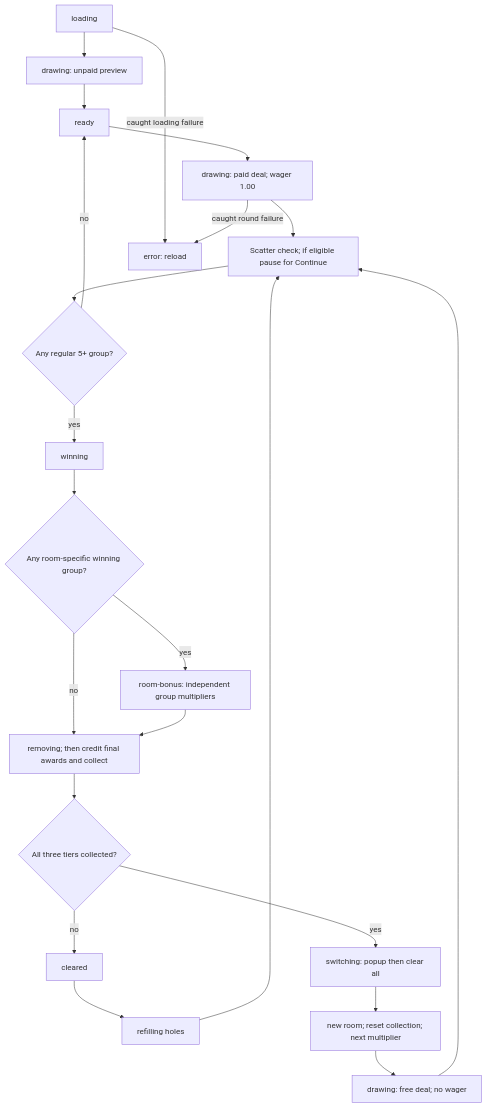
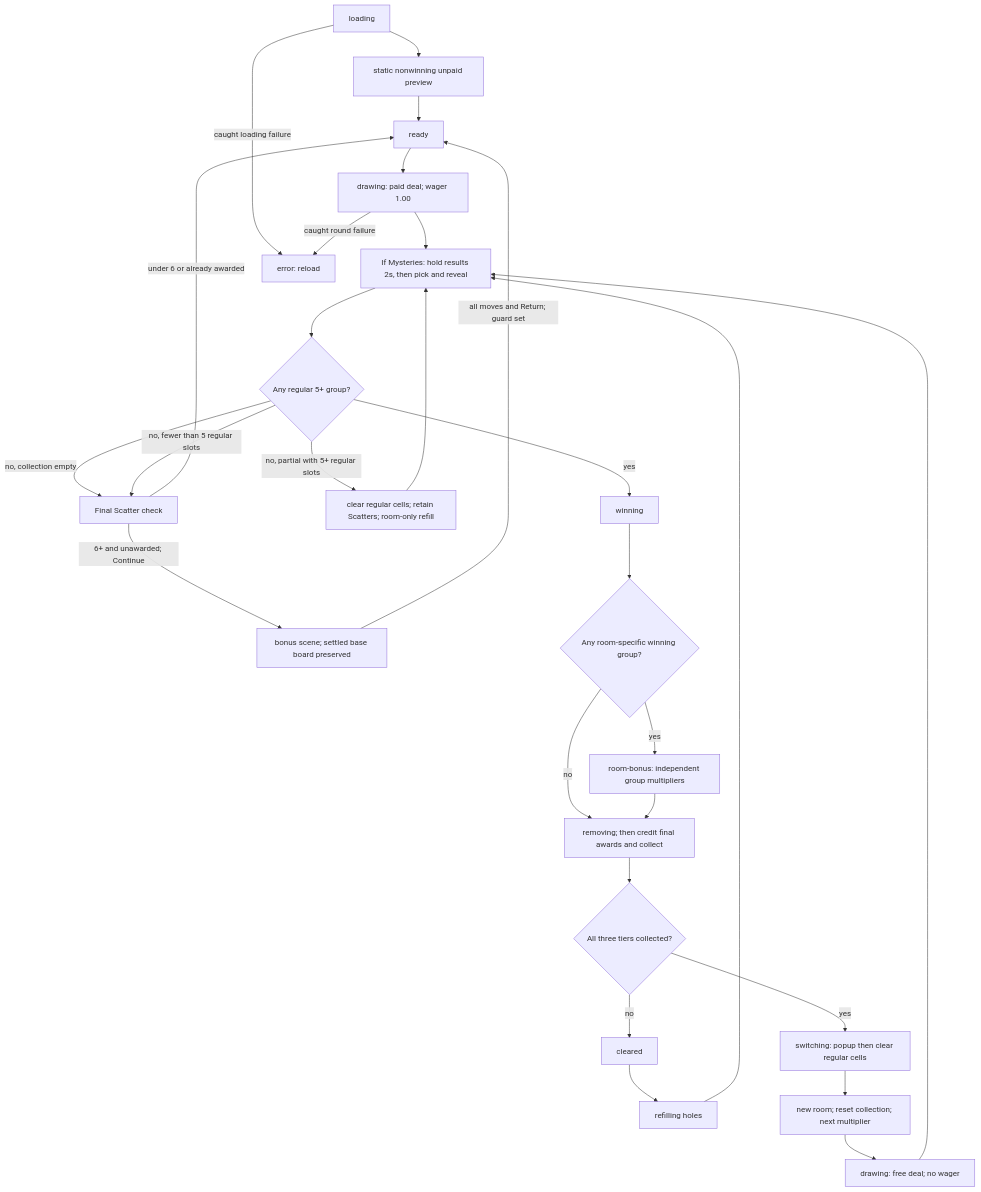
The diagram in fool-house/docs/game-rules/02-round-flow.md (SishaMafonov/prototypes), drawn with Mermaid before and after one commit. The commit also changed other lines of this file and 47 other files, not shown here.

````diff
--- a/fool-house/docs/game-rules/02-round-flow.md
+++ b/fool-house/docs/game-rules/02-round-flow.md
@@ -81,24 +85,30 @@
 ```mermaid
 flowchart TD
-  L[loading] --> P[drawing: unpaid preview]
+  L[loading] --> P[static nonwinning unpaid preview]
   P --> R[ready]
   R --> D[drawing: paid deal; wager 1.00]
-  D --> T[Scatter check; if eligible pause for Continue]
-  T --> Q{Any regular 5+ group?}
-  Q -->|no| R
+  D --> V[If Mysteries: hold results 2s, then pick and reveal]
+  V --> Q{Any regular 5+ group?}
+  T[Final Scatter check] -->|6+ and unawarded; Continue| X[bonus scene; settled base board preserved]
+  T -->|under 6 or already awarded| R
+  X -->|all moves and Return; guard set| R
+  Q -->|no, collection empty| T
+  Q -->|no, fewer than 5 regular slots| T
+  Q -->|no, partial with 5+ regular slots| Z[clear regular cells; retain Scatters; room-only refill]
+  Z --> V
   Q -->|yes| W[winning]
   W --> J{Any room-specific winning group?}
   J -->|yes| K[room-bonus: independent group multipliers]
   J -->|no| M[removing; then credit final awards and collect]
   K --> M
   M --> C{All three tiers collected?}
   C -->|no| H[cleared]
   H --> F[refilling holes]
-  F --> T
-  C -->|yes| S[switching: popup then clear all]
+  F --> V
+  C -->|yes| S[switching: popup then clear regular cells]
   S --> B[new room; reset collection; next multiplier]
   B --> G[drawing: free deal; no wager]
-  G --> T
+  G --> V
   L -->|caught loading failure| E[error: reload]
   D -->|caught round failure| E
 ```
````
